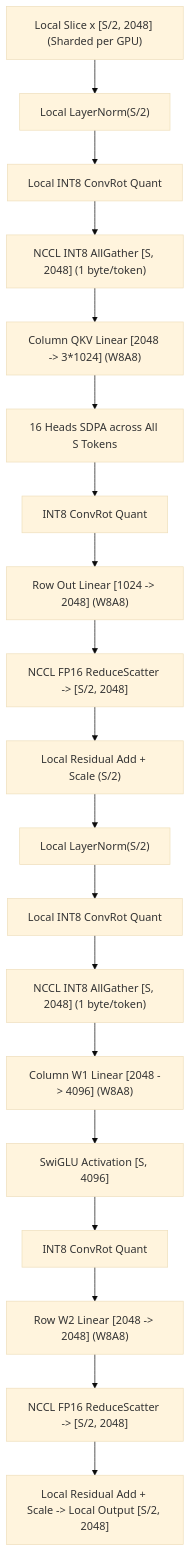
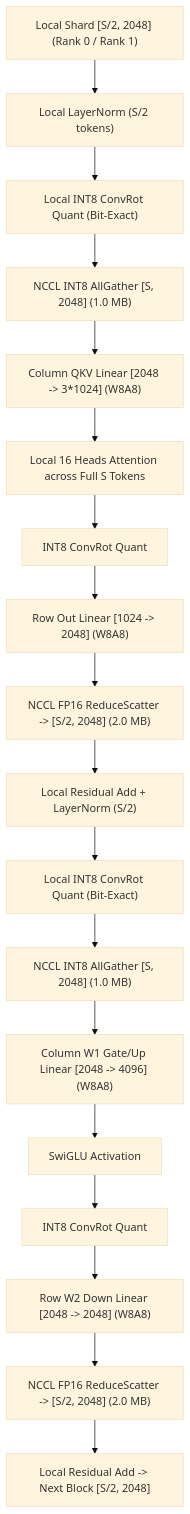
Before and after one commit to chinokikiss/minimax-h3-2xt4: the third of 3 diagrams in VIDEO_VAE_TP_BENCHMARK.md, drawn with Mermaid (base theme). The commit also changed other lines of this file and 3 other files, not shown here.

Commit message:
docs: update VIDEO_VAE_TP_BENCHMARK.md with real 2x T4 INT8 ConvRot checkpoint results

````diff
--- a/VIDEO_VAE_TP_BENCHMARK.md
+++ b/VIDEO_VAE_TP_BENCHMARK.md
@@ -162,21 +194,20 @@
 ```mermaid
 flowchart TD
-    X["Local Slice x [S/2, 2048] (Sharded per GPU)"] --> LN1["Local LayerNorm(S/2)"]
-    LN1 --> Q1["Local INT8 ConvRot Quant"]
-    Q1 --> AG1["NCCL INT8 AllGather [S, 2048] (1 byte/token)"]
+    X["Local Shard [S/2, 2048] (Rank 0 / Rank 1)"] --> LN1["Local LayerNorm (S/2 tokens)"]
+    LN1 --> Q1["Local INT8 ConvRot Quant (Bit-Exact)"]
+    Q1 --> AG1["NCCL INT8 AllGather [S, 2048] (1.0 MB)"]
     AG1 --> QKV["Column QKV Linear [2048 -> 3*1024] (W8A8)"]
-    QKV --> SDPA["16 Heads SDPA across All S Tokens"]
-    SDPA --> Q2["INT8 ConvRot Quant"]
-    Q2 --> OUT["Row Out Linear [1024 -> 2048] (W8A8)"]
-    OUT --> RS1["NCCL FP16 ReduceScatter -> [S/2, 2048]"]
-    RS1 --> ADD1["Local Residual Add + Scale (S/2)"]
-    ADD1 --> LN2["Local LayerNorm(S/2)"]
-    LN2 --> Q3["Local INT8 ConvRot Quant"]
-    Q3 --> AG2["NCCL INT8 AllGather [S, 2048] (1 byte/token)"]
-    AG2 --> W1["Column W1 Linear [2048 -> 4096] (W8A8)"]
-    W1 --> ACT["SwiGLU Activation [S, 4096]"]
+    QKV --> ATTN["Local 16 Heads Attention across Full S Tokens"]
+    ATTN --> Q2["INT8 ConvRot Quant"]
+    Q2 --> PROJ["Row Out Linear [1024 -> 2048] (W8A8)"]
+    PROJ --> RS1["NCCL FP16 ReduceScatter -> [S/2, 2048] (2.0 MB)"]
+    RS1 --> ADD1["Local Residual Add + LayerNorm (S/2)"]
+    ADD1 --> Q3["Local INT8 ConvRot Quant (Bit-Exact)"]
+    Q3 --> AG2["NCCL INT8 AllGather [S, 2048] (1.0 MB)"]
+    AG2 --> FFN1["Column W1 Gate/Up Linear [2048 -> 4096] (W8A8)"]
+    FFN1 --> ACT["SwiGLU Activation"]
     ACT --> Q4["INT8 ConvRot Quant"]
-    Q4 --> W2["Row W2 Linear [2048 -> 2048] (W8A8)"]
-    W2 --> RS2["NCCL FP16 ReduceScatter -> [S/2, 2048]"]
-    RS2 --> ADD2["Local Residual Add + Scale -> Local Output [S/2, 2048]"]
+    Q4 --> FFN2["Row W2 Down Linear [2048 -> 2048] (W8A8)"]
+    FFN2 --> RS2["NCCL FP16 ReduceScatter -> [S/2, 2048] (2.0 MB)"]
+    RS2 --> ADD2["Local Residual Add -> Next Block [S/2, 2048]"]
 ```
````
